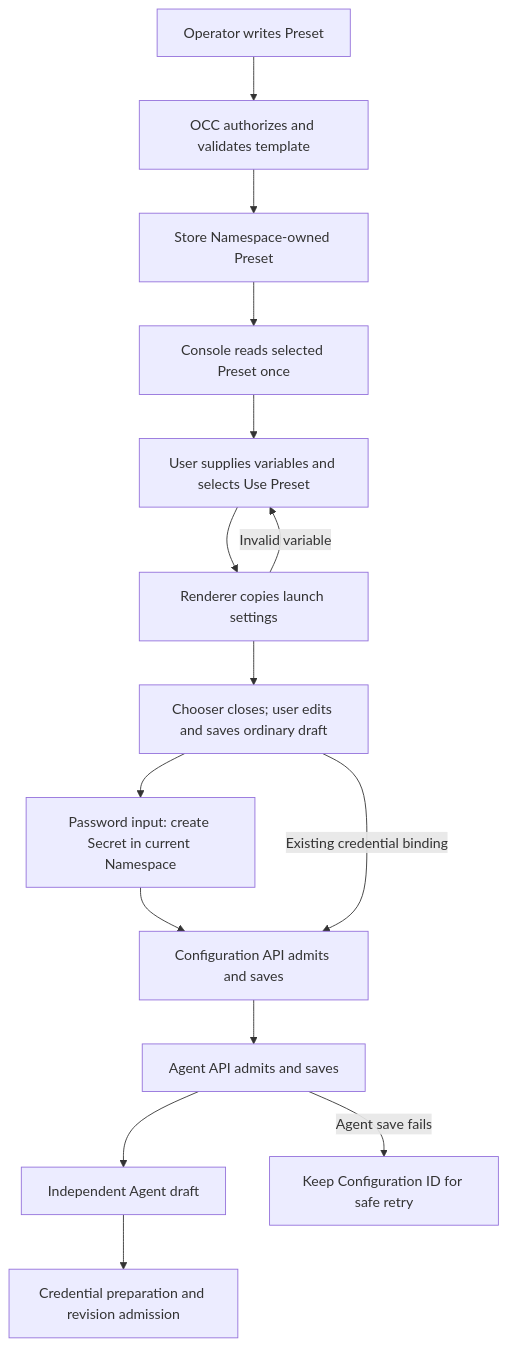
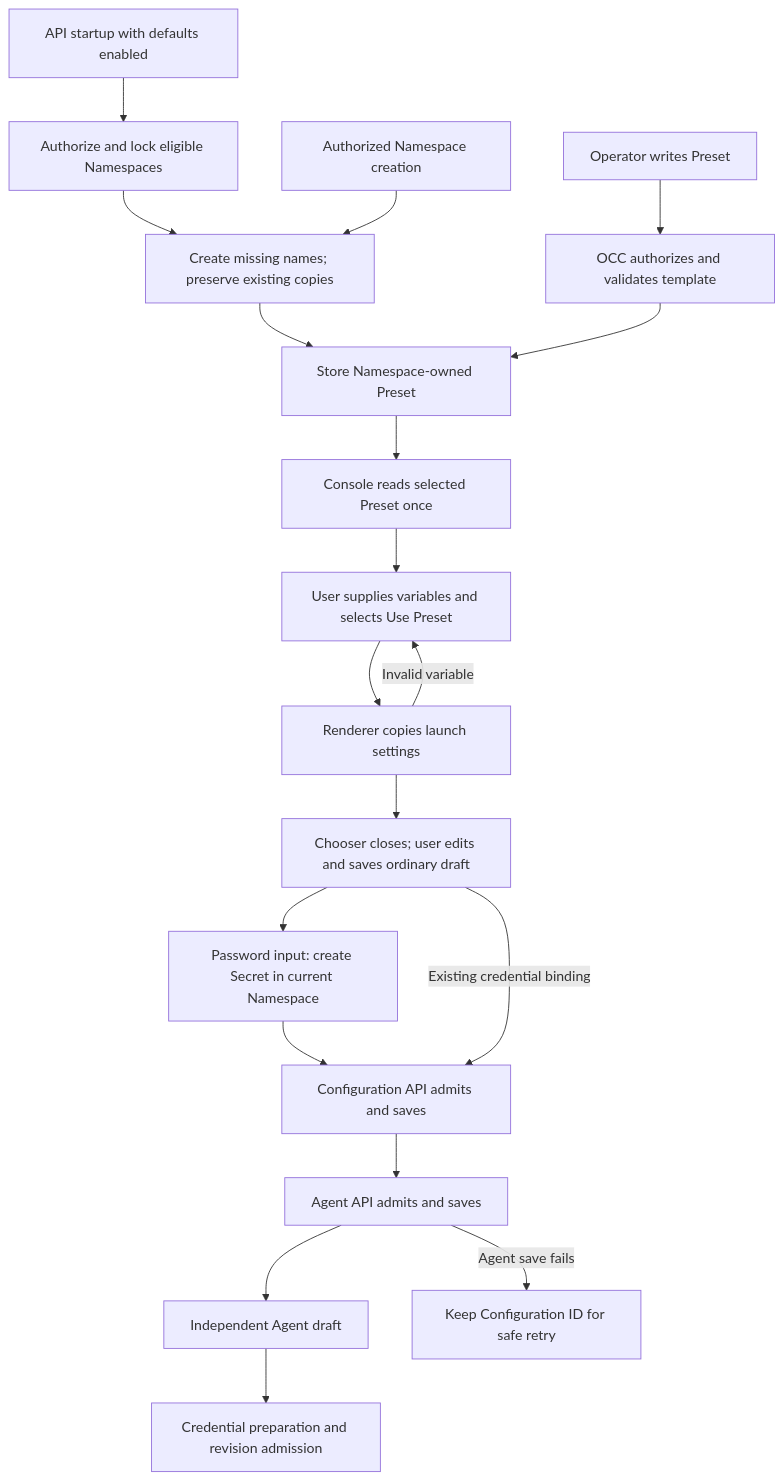
One commit to IsaiahStapleton/openclaw-enterprise changed the diagram in docs/flows/agent-presets.md. Above: the diagram before and after it, drawn with Mermaid. The commit also changed other lines of this file and 16 other files, not shown here.

````diff
--- a/docs/flows/agent-presets.md
+++ b/docs/flows/agent-presets.md
@@ -29,17 +34,21 @@
 ```mermaid
 graph TD
+  S0["API startup with defaults enabled"] --> S1["Authorize and lock eligible Namespaces"]
+  S1 --> S2["Create missing names; preserve existing copies"]
+  S2 --> C
+  N["Authorized Namespace creation"] --> S2
   A["Operator writes Preset"] --> B["OCC authorizes and validates template"]
   B --> C["Store Namespace-owned Preset"]
   C --> D["Console reads selected Preset once"]
   D --> E["User supplies variables and selects Use Preset"]
   E --> F["Renderer copies launch settings"]
   F --> G["Chooser closes; user edits and saves ordinary draft"]
   G --> S["Password input: create Secret in current Namespace"]
   S --> H["Configuration API admits and saves"]
   G -->|Existing credential binding| H
   H --> I["Agent API admits and saves"]
   I --> J["Independent Agent draft"]
   F -->|Invalid variable| E
   I -->|Agent save fails| K["Keep Configuration ID for safe retry"]
   J --> L["Credential preparation and revision admission"]
 ```
````
